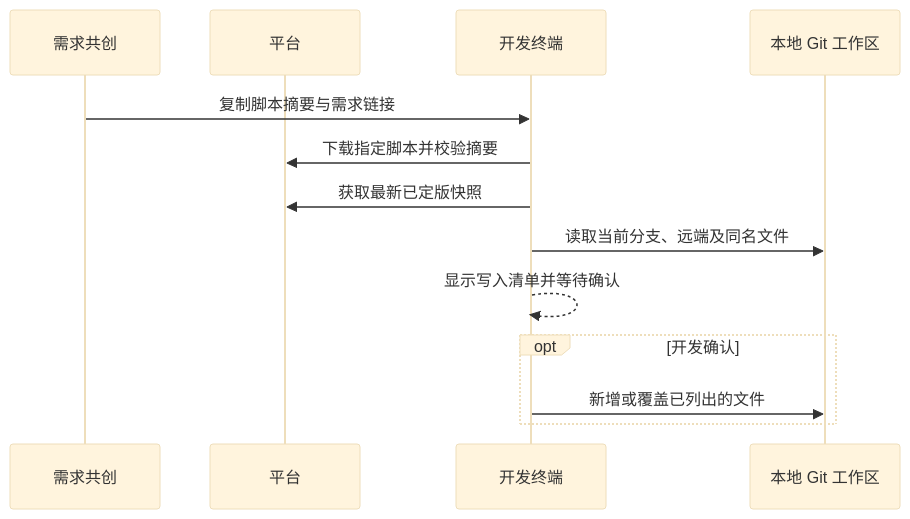
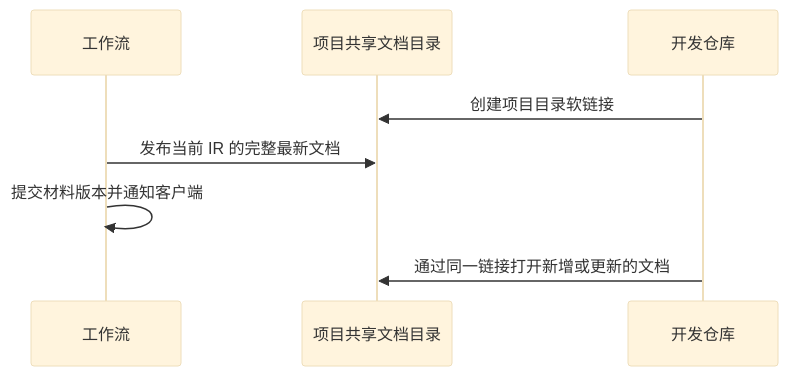
The second of 2 diagrams in docs/specs/aireq/proposals.md (jchanghong023/ZCode), drawn with Mermaid (base theme) before and after one commit. The commit also changed other lines of this file and 48 other files, not shown here.

````diff
--- a/docs/specs/aireq/proposals.md
+++ b/docs/specs/aireq/proposals.md
@@ -49,15 +49,10 @@
 ```mermaid
 sequenceDiagram
-  participant UI as 需求共创
-  participant P as 平台
-  participant T as 开发终端
-  participant G as 本地 Git 工作区
-  UI->>T: 复制脚本摘要与需求链接
-  T->>P: 下载指定脚本并校验摘要
-  T->>P: 获取最新已定版快照
-  T->>G: 读取当前分支、远端及同名文件
-  T-->>T: 显示写入清单并等待确认
-  opt 开发确认
-    T->>G: 新增或覆盖已列出的文件
-  end
+  participant W as 工作流
+  participant D as 项目共享文档目录
+  participant U as 开发仓库
+  U->>D: 创建项目目录软链接
+  W->>D: 发布当前 IR 的完整最新文档
+  W->>W: 提交材料版本并通知客户端
+  U->>D: 通过同一链接打开新增或更新的文档
 ```
````
